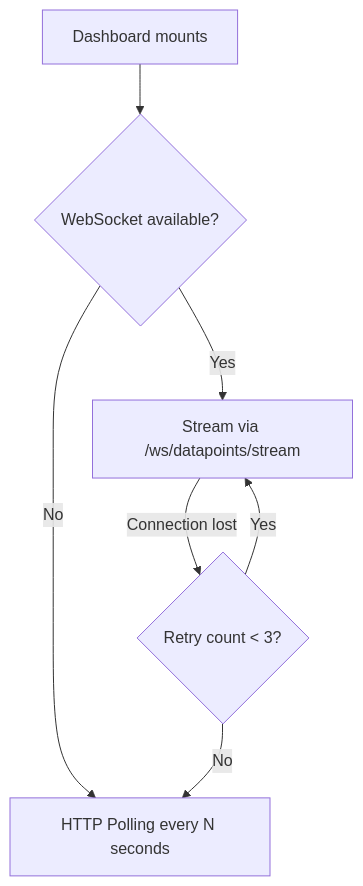
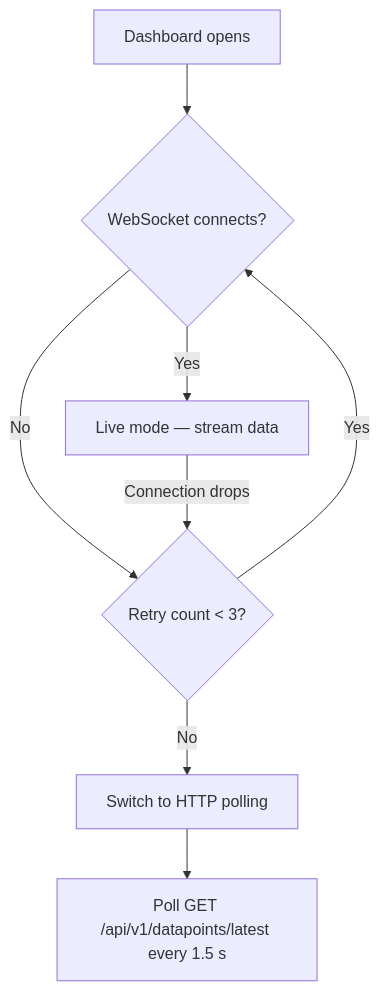
Before and after one commit to stefanposs/webmacs: the diagram in assets/mkdocs/guide/dashboard.md, drawn with Mermaid. The commit also changed other lines of this file and 181 other files, not shown here.

````diff
--- a/assets/mkdocs/guide/dashboard.md
+++ b/assets/mkdocs/guide/dashboard.md
@@ -13,9 +37,10 @@
 ```mermaid
 flowchart TD
-    A[Dashboard mounts] --> B{WebSocket available?}
-    B -->|Yes| C[Stream via /ws/datapoints/stream]
-    B -->|No| D[HTTP Polling every N seconds]
-    C -->|Connection lost| E{Retry count < 3?}
-    E -->|Yes| C
-    E -->|No| D
+    A[Dashboard opens] --> B{WebSocket connects?}
+    B -->|Yes| C[Live mode — stream data]
+    B -->|No| D{Retry count < 3?}
+    D -->|Yes| B
+    D -->|No| E[Switch to HTTP polling]
+    C -->|Connection drops| D
+    E --> F[Poll GET /api/v1/datapoints/latest every 1.5 s]
 ```
````
